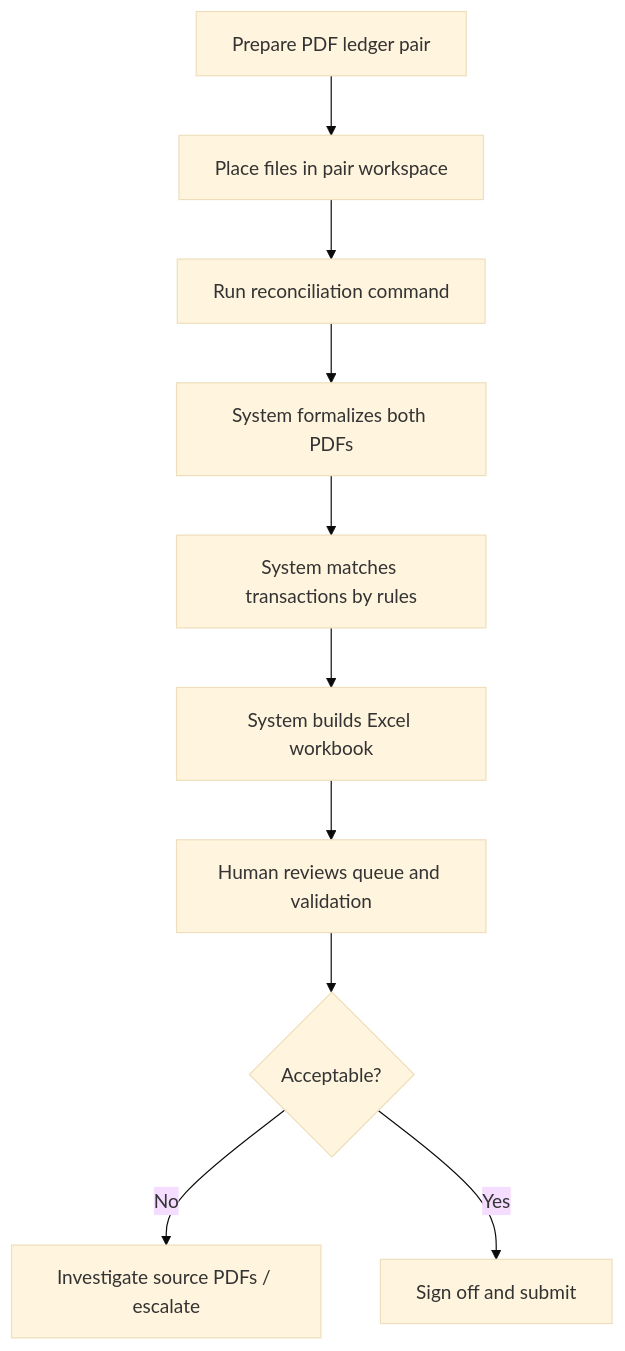
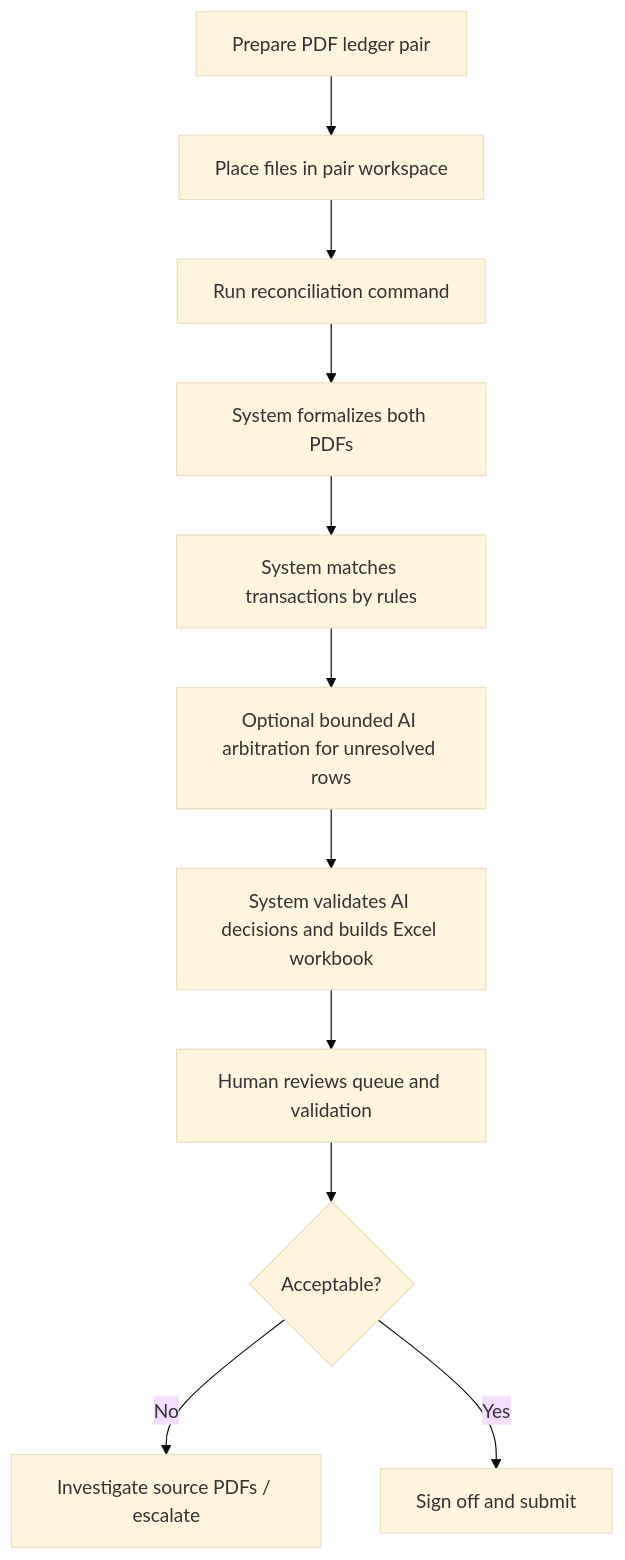
One commit to ayushdnb/ledger_recon changed the diagram in docs/non-technical/NON_TECHNICAL_DOCUMENTATION.md. Above: the diagram before and after it, drawn with Mermaid (base theme). The commit also changed other lines of this file and 35 other files, not shown here.

Commit message:
Add AI arbitration and reconciliation workbook updates

````diff
--- a/docs/non-technical/NON_TECHNICAL_DOCUMENTATION.md
+++ b/docs/non-technical/NON_TECHNICAL_DOCUMENTATION.md
@@ -65,12 +65,13 @@
 ```mermaid
 flowchart TD
     A[Prepare PDF ledger pair] --> B[Place files in pair workspace]
     B --> C[Run reconciliation command]
     C --> D[System formalizes both PDFs]
     D --> E[System matches transactions by rules]
-    E --> F[System builds Excel workbook]
-    F --> G[Human reviews queue and validation]
+    E --> F[Optional bounded AI arbitration for unresolved rows]
+    F --> K[System validates AI decisions and builds Excel workbook]
+    K --> G[Human reviews queue and validation]
     G --> H{Acceptable?}
     H -->|No| I[Investigate source PDFs / escalate]
     H -->|Yes| J[Sign off and submit]
 ```
````
